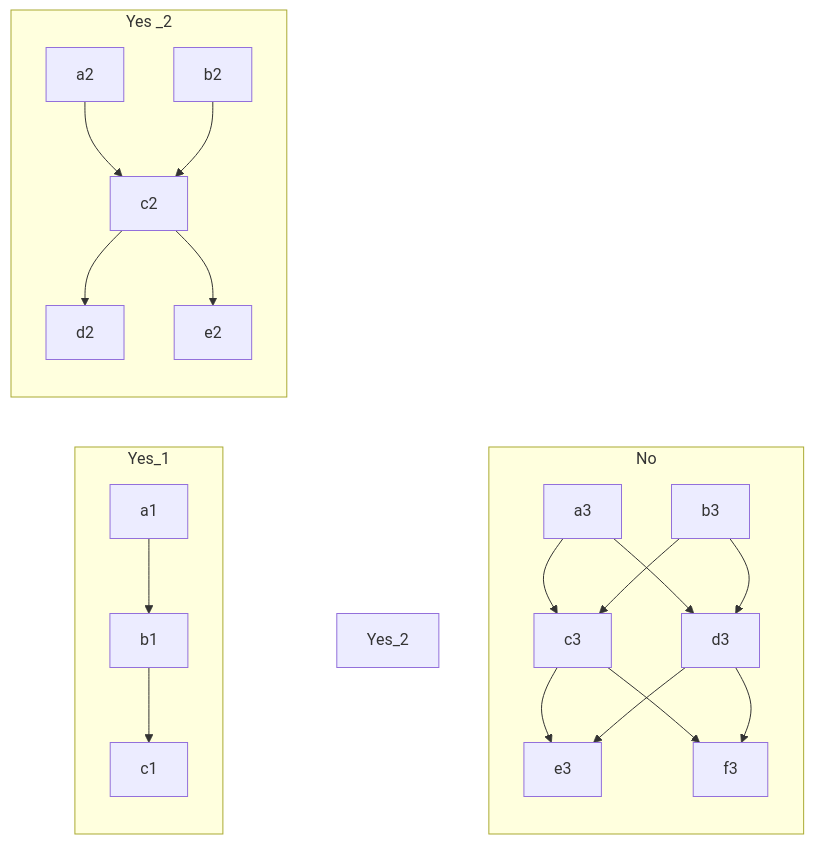
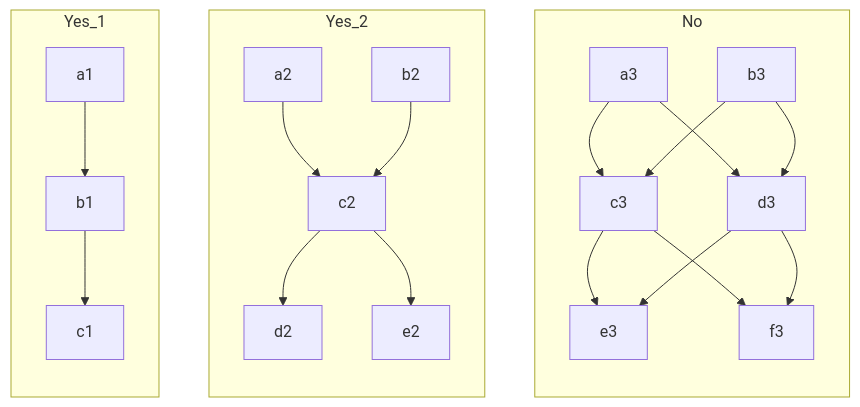
One commit to vczh-websites/vczh changed diagram 12 of 17 in Blog/GLR-Refactoring/Mermaid.md. Above: the diagram before and after it, drawn with Mermaid.

````diff
--- a/Blog/GLR-Refactoring/Mermaid.md
+++ b/Blog/GLR-Refactoring/Mermaid.md
@@ -230,19 +230,19 @@
 ```mermaid
 graph LR
   subgraph Yes_1
     direction TB
     a1-->b1-->c1
   end
 
-  subgraph Yes _2
+  subgraph Yes_2
     direction TB
     a2 & b2 --> c2 --> d2 & e2
   end
 
   subgraph No
     direction TB
     a3 & b3 --> c3 & d3 --> e3 & f3
   end
 
   Yes_1~~~Yes_2~~~No
 ```
````
